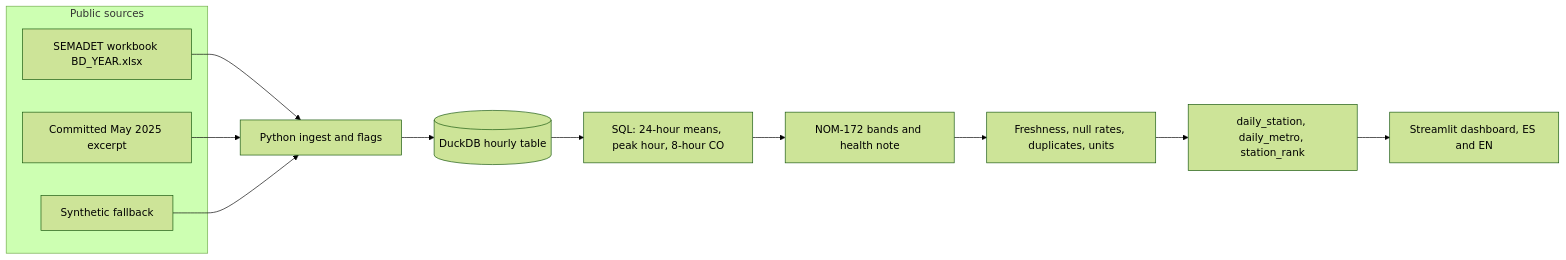
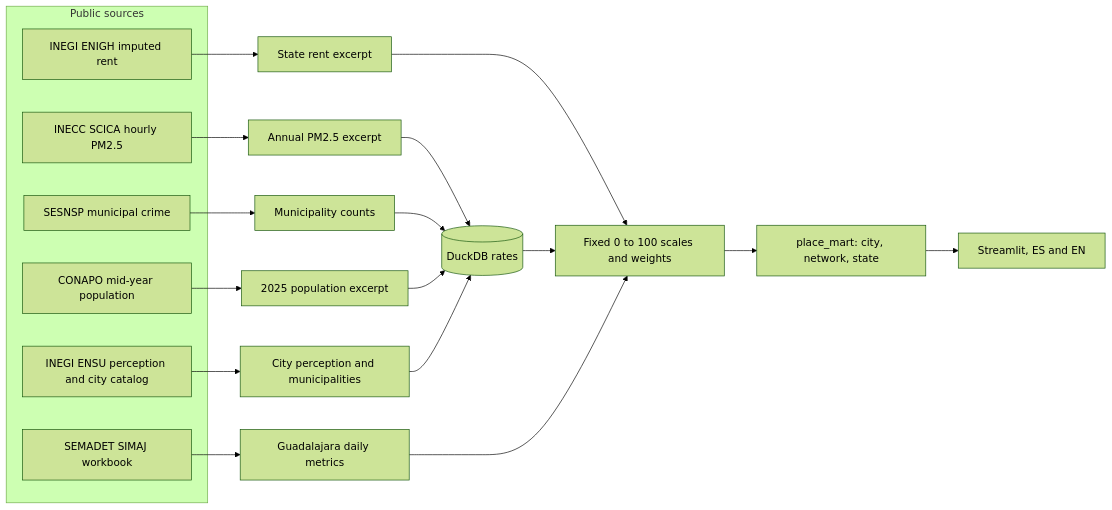
One commit to Eflores1122/mx-open-air-quality changed the diagram in README.md. Above: the diagram before and after it, drawn with Mermaid (forest theme). The commit also changed other lines of this file and 32 other files, not shown here.

First line of the commit message:
Add a national livability comparison beside the Guadalajara air reading. (#1)

````diff
--- a/README.md
+++ b/README.md
@@ -153,17 +227,26 @@
 ```mermaid
 flowchart LR
-  subgraph publicSources [Public sources]
-    SEMADET["SEMADET workbook BD_YEAR.xlsx"]
-    Excerpt["Committed May 2025 excerpt"]
-    Synthetic["Synthetic fallback"]
+  subgraph sources [Public sources]
+    SCICA["INECC SCICA hourly PM2.5"]
+    SEMADET["SEMADET SIMAJ workbook"]
+    SESNSP["SESNSP municipal crime"]
+    CONAPO["CONAPO mid-year population"]
+    ENSU["INEGI ENSU perception and city catalog"]
+    ENIGH["INEGI ENIGH imputed rent"]
   end
-  SEMADET --> Ingest
-  Excerpt --> Ingest
-  Synthetic --> Ingest
-  Ingest["Python ingest and flags"] --> Duck[("DuckDB hourly table")]
-  Duck --> SQL["SQL: 24-hour means, peak hour, 8-hour CO"]
-  SQL --> Bands["NOM-172 bands and health note"]
-  Bands --> Quality["Freshness, null rates, duplicates, units"]
-  Quality --> Metrics["daily_station, daily_metro, station_rank"]
-  Metrics --> App["Streamlit dashboard, ES and EN"]
+  SCICA --> AirExcerpt["Annual PM2.5 excerpt"]
+  SEMADET --> Gdl["Guadalajara daily metrics"]
+  SESNSP --> CrimeExcerpt["Municipality counts"]
+  CONAPO --> PopExcerpt["2025 population excerpt"]
+  ENSU --> EnsuExcerpt["City perception and municipalities"]
+  ENIGH --> RentExcerpt["State rent excerpt"]
+  AirExcerpt --> Duck[("DuckDB rates")]
+  CrimeExcerpt --> Duck
+  PopExcerpt --> Duck
+  EnsuExcerpt --> Duck
+  RentExcerpt --> Score["Fixed 0 to 100 scales and weights"]
+  Duck --> Score
+  Gdl --> Score
+  Score --> Mart["place_mart: city, network, state"]
+  Mart --> App["Streamlit, ES and EN"]
 ```
````
